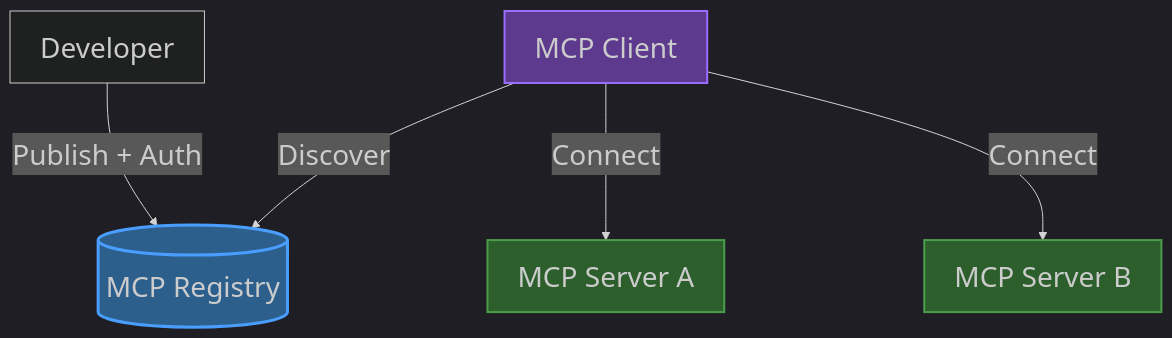
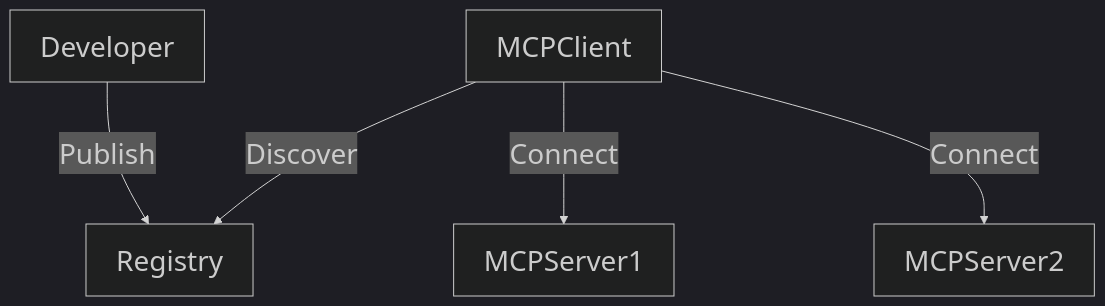
One commit to NikiforovAll/mcp-landscape changed the third of 6 diagrams in slides/presentation.md. Above: the diagram before and after it, drawn with Mermaid. The commit also changed other lines of this file and 3 other files, not shown here.

```diff
--- a/slides/presentation.md
+++ b/slides/presentation.md
@@ -227,29 +229,18 @@
 <div class="mermaid">
     %%{init: {
         'theme': 'dark',
         'themeVariables': {
             'fontSize': '28px',
             'primaryTextColor': '#ffffff'
         },
         'flowchart': {
             'nodeSpacing': 200,
             'rankSpacing': 100
         }
     }}%%
     flowchart TD
-        Client[MCP Client]
-        Registry[(MCP Registry)]
-        Dev[Developer]
-        Server1[MCP Server A]
-        Server2[MCP Server B]
-
-        Dev -->|Publish + Auth| Registry
-        Client -->|Discover| Registry
-        Client -->|Connect| Server1
-        Client -->|Connect| Server2
-
-        style Registry fill:#2d5f8d,stroke:#4a9eff,stroke-width:3px
-        style Client fill:#5d3a8d,stroke:#9b6dff,stroke-width:2px
-        style Server1 fill:#2d5f2d,stroke:#4a9e4a,stroke-width:2px
-        style Server2 fill:#2d5f2d,stroke:#4a9e4a,stroke-width:2px
+        Developer -->|Publish| Registry
+        MCPClient -->|Discover| Registry
+        MCPClient -->|Connect| MCPServer1
+        MCPClient -->|Connect| MCPServer2
 </div>
```
